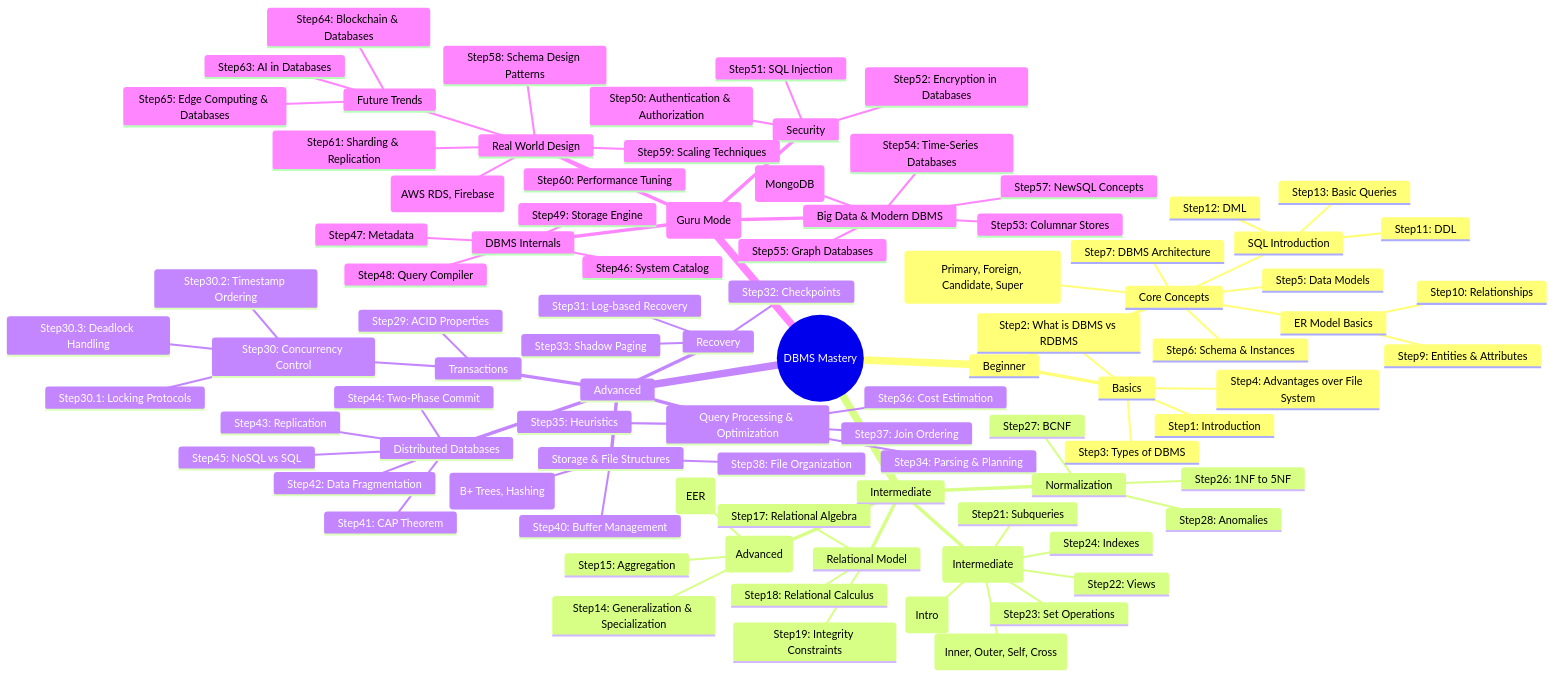
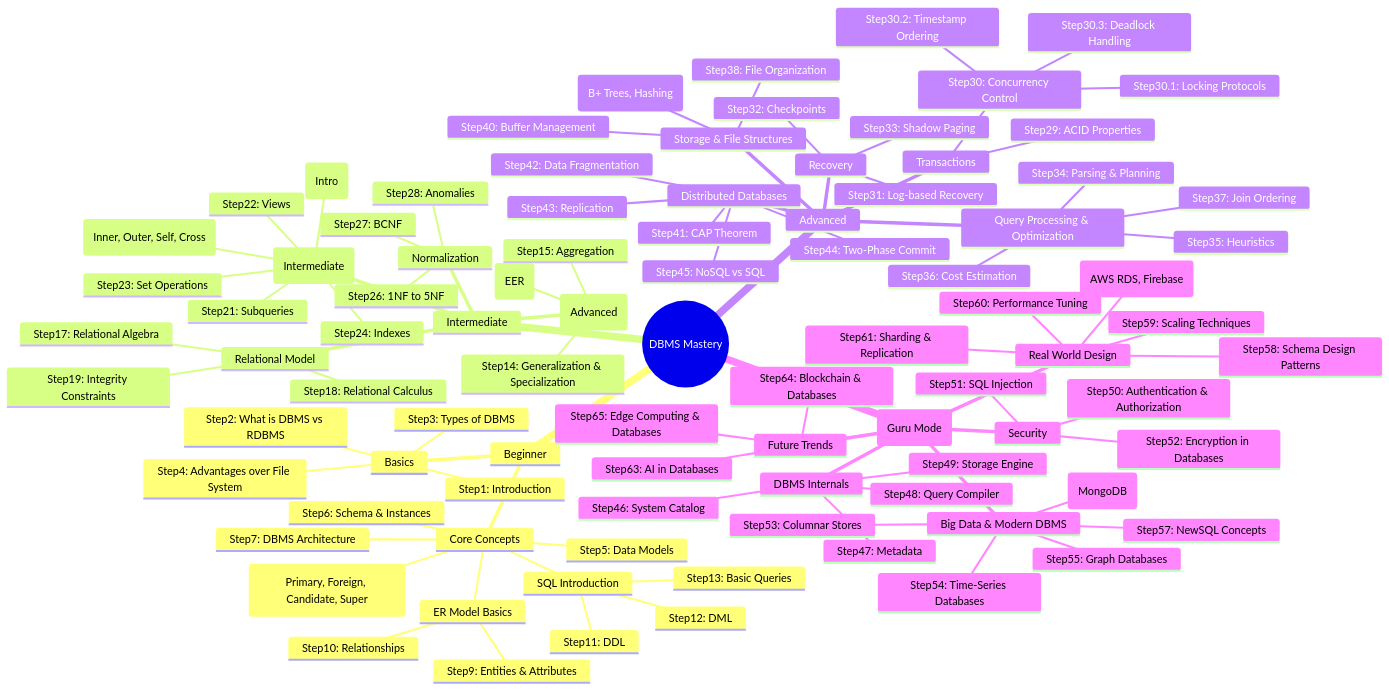
One commit to WabukoWabuko/dbms-roadmap changed the diagram in README.md. Above: the diagram before and after it, drawn with Mermaid.

Commit message:
Inserting another topic

```diff
--- a/README.md
+++ b/README.md
@@ -94,7 +94,7 @@
         Step60: Performance Tuning
         Step61: Sharding & Replication
         Step62: Cloud Databases (AWS RDS, Firebase)
-        Future Trends
+      Future Trends
           Step63: AI in Databases
           Step64: Blockchain & Databases
           Step65: Edge Computing & Databases
```
